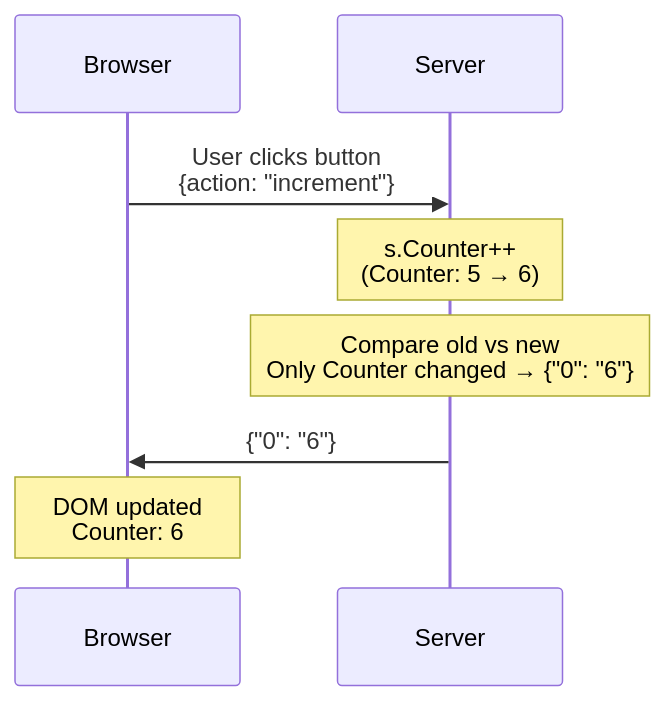
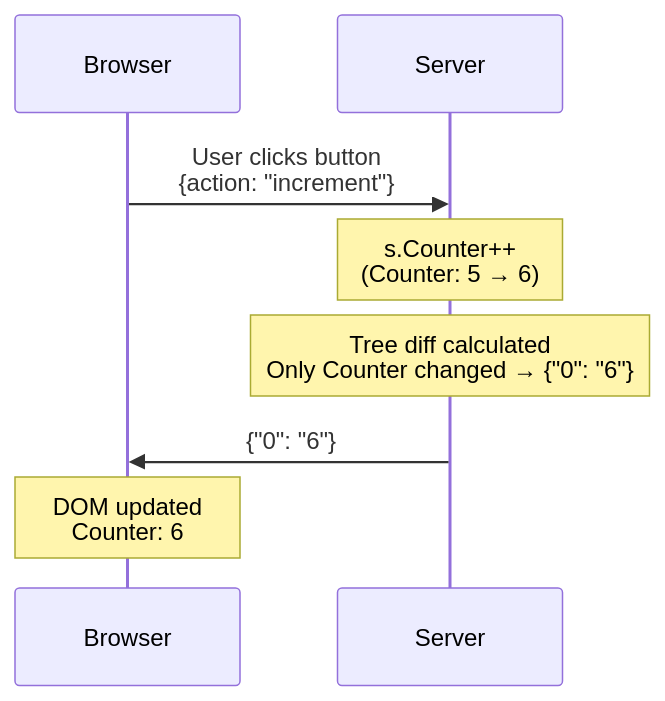
One commit to livetemplate/livetemplate changed the diagram in README.md. Above: the diagram before and after it, drawn with Mermaid.

Commit message:
fix: restore 'Tree diff' terminology in mermaid diagram
Addresses minor review note: "Compare old vs new" was clear but
lost the technical precision of the original "Tree diff calculated."
Restored the technical term while keeping the improved second line
that shows the concrete result.

https://claude.ai/code/session_018SNUkBpcwxgxfmGnGuN8S4

````diff
--- a/README.md
+++ b/README.md
@@ -25,11 +25,11 @@
 ```mermaid
 sequenceDiagram
     participant Browser
     participant Server
 
     Browser->>Server: User clicks button<br/>{action: "increment"}
     Note over Server: s.Counter++<br/>(Counter: 5 → 6)
-    Note over Server: Compare old vs new<br/>Only Counter changed → {"0": "6"}
+    Note over Server: Tree diff calculated<br/>Only Counter changed → {"0": "6"}
     Server->>Browser: {"0": "6"}
     Note over Browser: DOM updated<br/>Counter: 6
 ```
````
